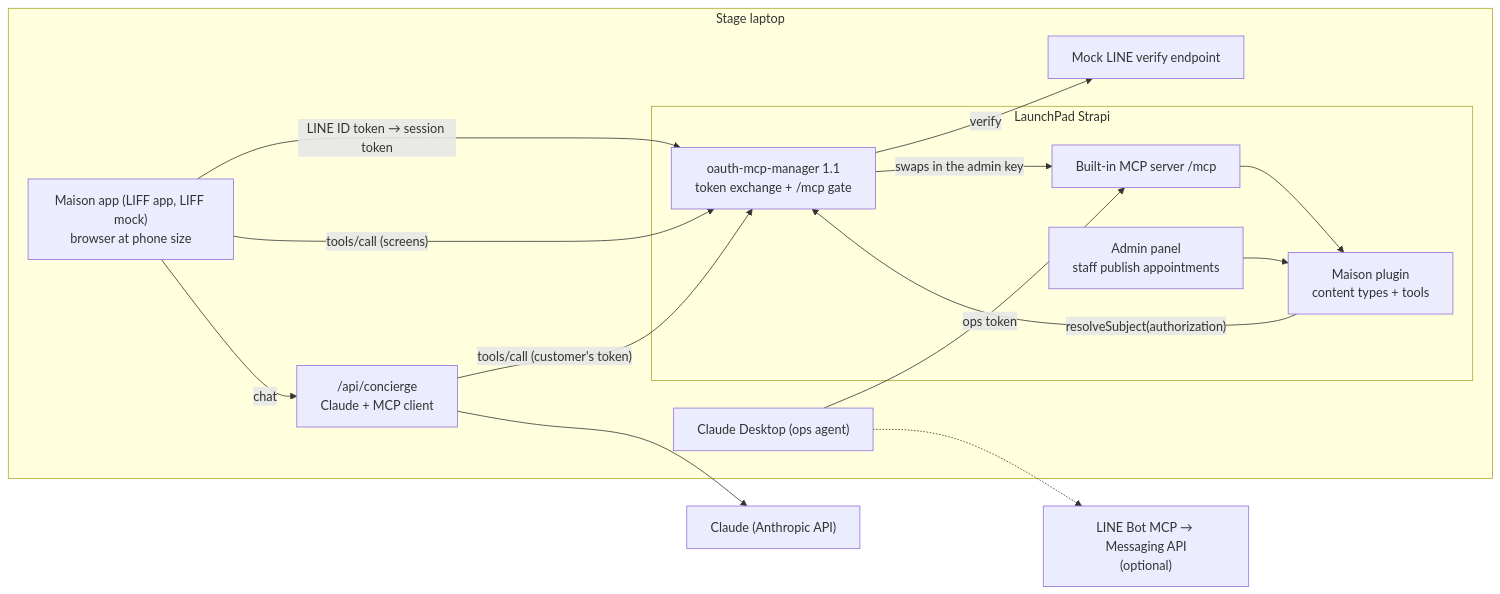
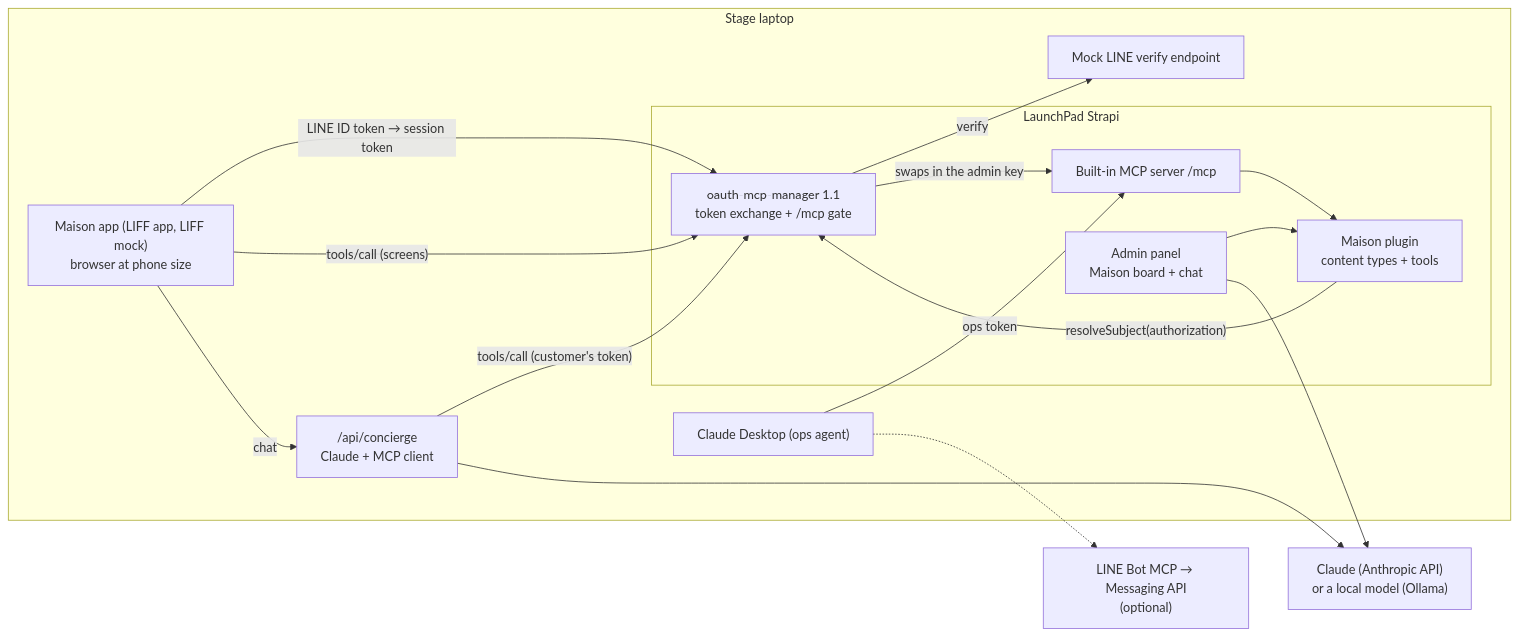
Before and after one commit to PaulBratslavsky/strapi-store-demo-mcp: the diagram in docs/superpowers/specs/2026-09-29-ax-luxury-demo-overview.md, drawn with Mermaid. The commit also changed other lines of this file and 2 other files, not shown here.

````diff
--- a/docs/superpowers/specs/2026-09-29-ax-luxury-demo-overview.md
+++ b/docs/superpowers/specs/2026-09-29-ax-luxury-demo-overview.md
@@ -71,29 +73,30 @@
 ```mermaid
 flowchart LR
   subgraph Laptop["Stage laptop"]
     APP["Maison app (LIFF app, LIFF mock)<br/>browser at phone size"]
     CON["/api/concierge<br/>Claude + MCP client"]
     MOCK["Mock LINE verify endpoint"]
     subgraph Strapi["LaunchPad Strapi"]
       OAUTH["oauth-mcp-manager 1.1<br/>token exchange + /mcp gate"]
       MCP["Built-in MCP server /mcp"]
       MAISON["Maison plugin<br/>content types + tools"]
-      ADMIN["Admin panel<br/>staff publish appointments"]
+      ADMIN["Admin panel<br/>Maison board + chat"]
     end
     OPS["Claude Desktop (ops agent)"]
   end
-  CLAUDE["Claude (Anthropic API)"]
+  CLAUDE["Claude (Anthropic API)<br/>or a local model (Ollama)"]
   LBM["LINE Bot MCP → Messaging API<br/>(optional)"]
   APP -- "LINE ID token → session token" --> OAUTH
   OAUTH -- verify --> MOCK
   APP -- "tools/call (screens)" --> OAUTH
   APP -- chat --> CON
   CON -- "tools/call (customer's token)" --> OAUTH
   CON --> CLAUDE
   OAUTH -- "swaps in the admin key" --> MCP
   MAISON -- "resolveSubject(authorization)" --> OAUTH
   MCP --> MAISON
   ADMIN --> MAISON
+  ADMIN --> CLAUDE
   OPS -- "ops token" --> MCP
   OPS -.-> LBM
 ```
````
